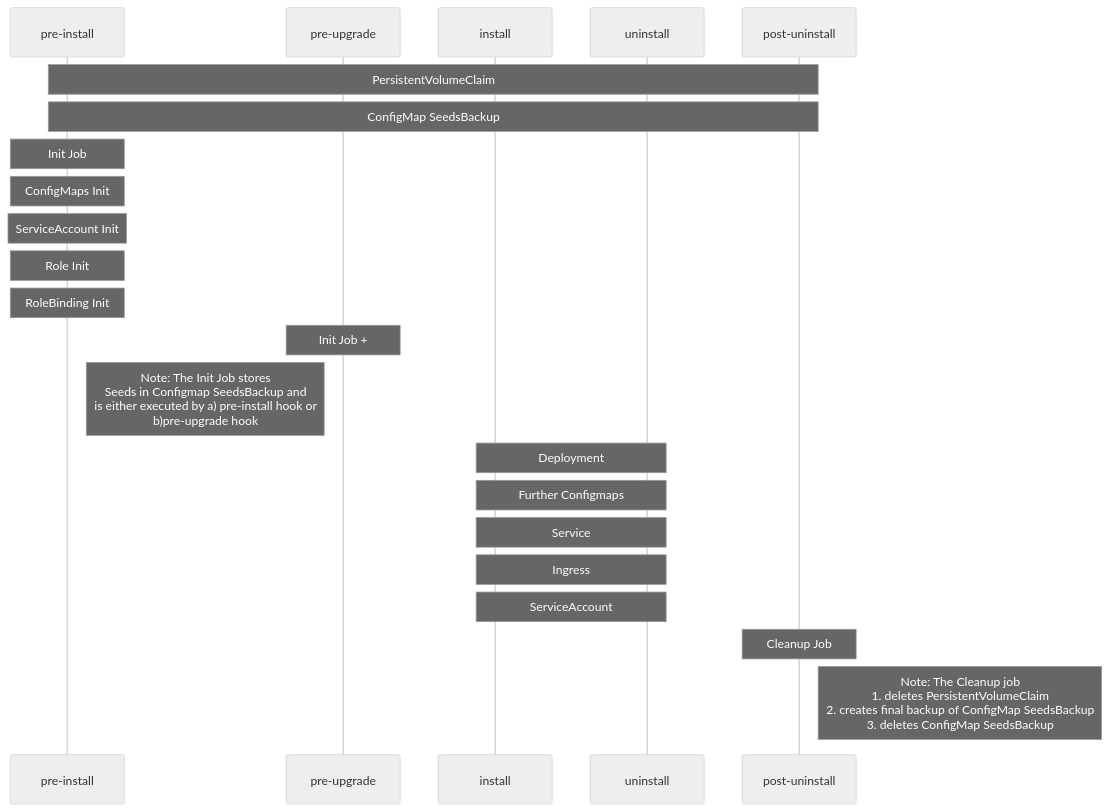
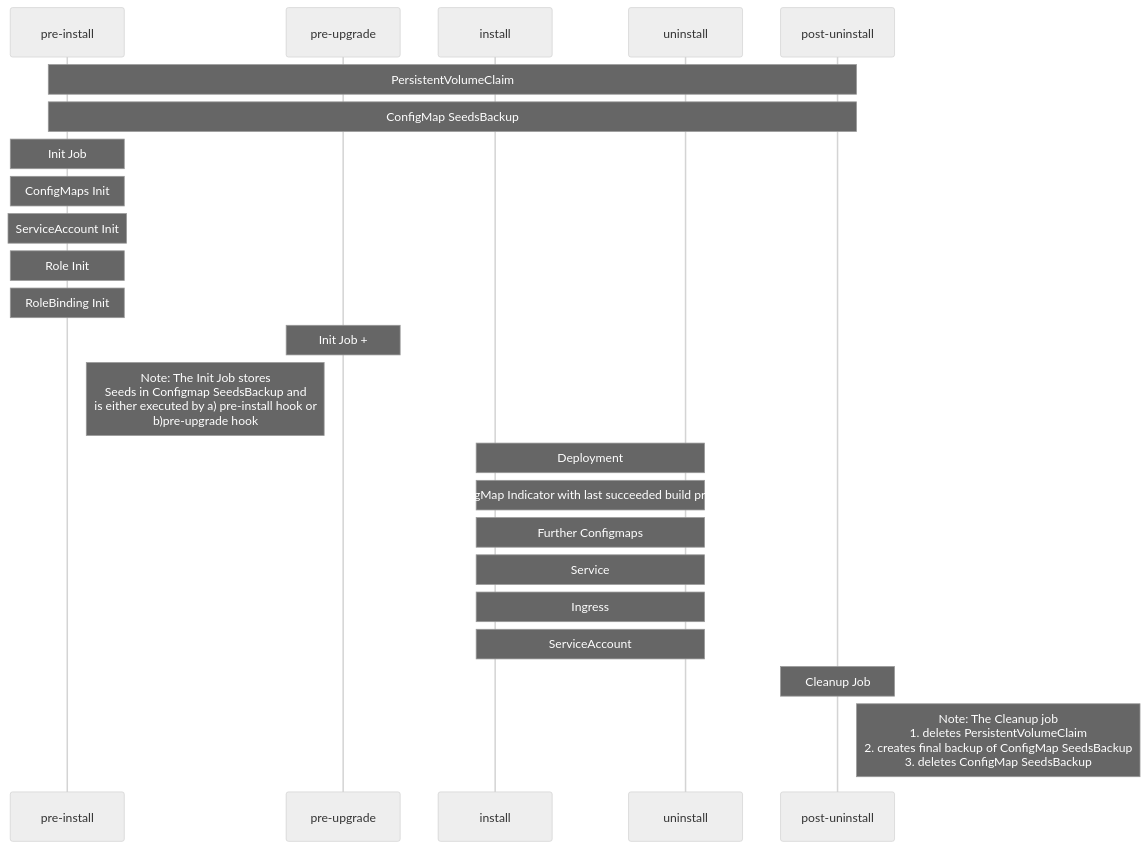
The first of 6 diagrams in charts/epi/README.md (PharmaLedger-IMI/helmchart-ethadapter), drawn with Mermaid (neutral theme) before and after one commit. The commit also changed other lines of this file and 2 other files, not shown here.

````diff
--- a/charts/epi/README.md
+++ b/charts/epi/README.md
@@ -26,24 +26,25 @@
 ```mermaid
 sequenceDiagram
   participant PIN as pre-install
   participant PUP as pre-upgrade
   participant I as install
   participant U as uninstall
   participant PUN as post-uninstall
   Note over PIN,PUN: PersistentVolumeClaim
   Note over PIN,PUN: ConfigMap SeedsBackup
   Note over PIN:Init Job
   Note over PIN:ConfigMaps Init
   Note over PIN:ServiceAccount Init
   Note over PIN:Role Init
   Note over PIN:RoleBinding Init
   Note over PUP:Init Job +
   note right of PIN: Note: The Init Job stores <br/>Seeds in Configmap SeedsBackup and <br/> is either executed by a) pre-install hook or<br/>b)pre-upgrade hook
   Note over I,U:Deployment
+  Note over I,U:ConfigMap Indicator with last succeeded build process
   Note over I,U:Further Configmaps
   Note over I,U:Service
   Note over I,U:Ingress
   Note over I,U:ServiceAccount
   Note over PUN:Cleanup Job
   note right of PUN: Note: The Cleanup job<br/>1. deletes PersistentVolumeClaim<br/>2. creates final backup of ConfigMap SeedsBackup<br/>3. deletes ConfigMap SeedsBackup
 ```
````
